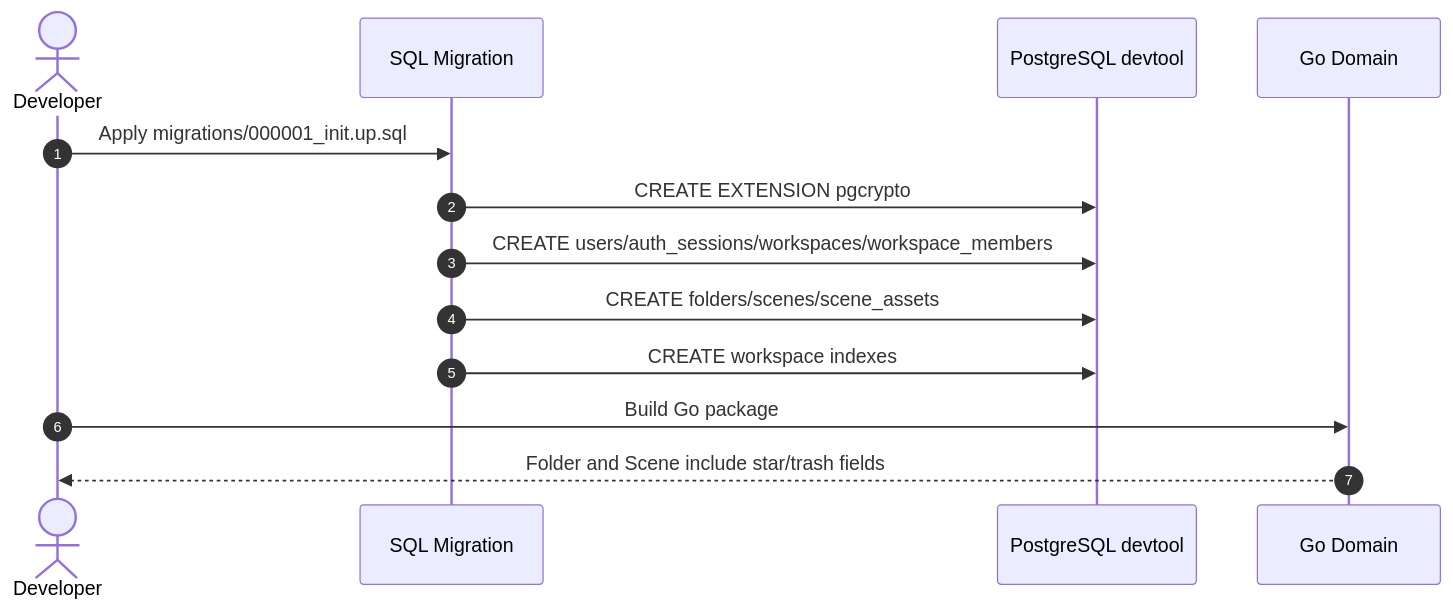
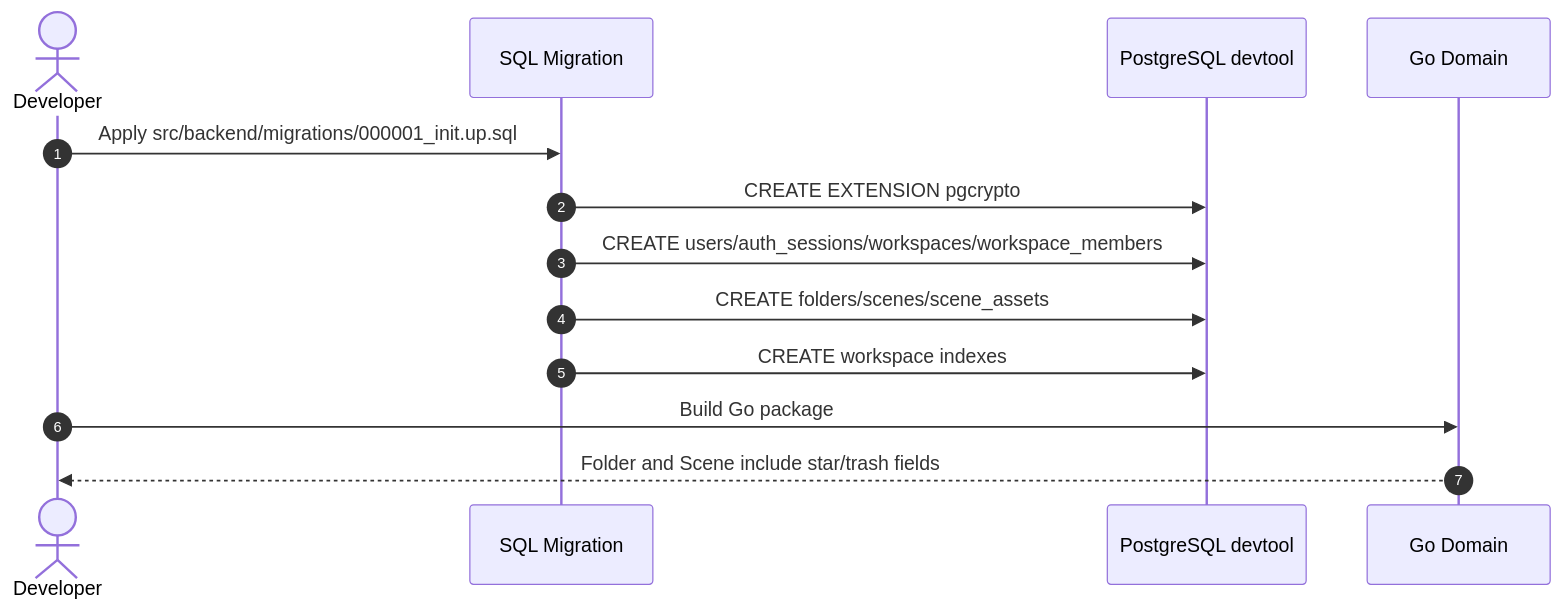
Before and after one commit to dungxbuif/whiteboard: the diagram in docs/work/tickets/phase-01/EXC-003/EXC-003-design.md, drawn with Mermaid. The commit also changed other lines of this file and 55 other files, not shown here.

````diff
--- a/docs/work/tickets/phase-01/EXC-003/EXC-003-design.md
+++ b/docs/work/tickets/phase-01/EXC-003/EXC-003-design.md
@@ -44,16 +44,16 @@
 ```mermaid
 sequenceDiagram
     autonumber
     actor Developer
     participant Migration as SQL Migration
     participant DB as PostgreSQL devtool
     participant Domain as Go Domain
 
-    Developer->>Migration: Apply migrations/000001_init.up.sql
+    Developer->>Migration: Apply src/backend/migrations/000001_init.up.sql
     Migration->>DB: CREATE EXTENSION pgcrypto
     Migration->>DB: CREATE users/auth_sessions/workspaces/workspace_members
     Migration->>DB: CREATE folders/scenes/scene_assets
     Migration->>DB: CREATE workspace indexes
     Developer->>Domain: Build Go package
     Domain-->>Developer: Folder and Scene include star/trash fields
 ```
````
